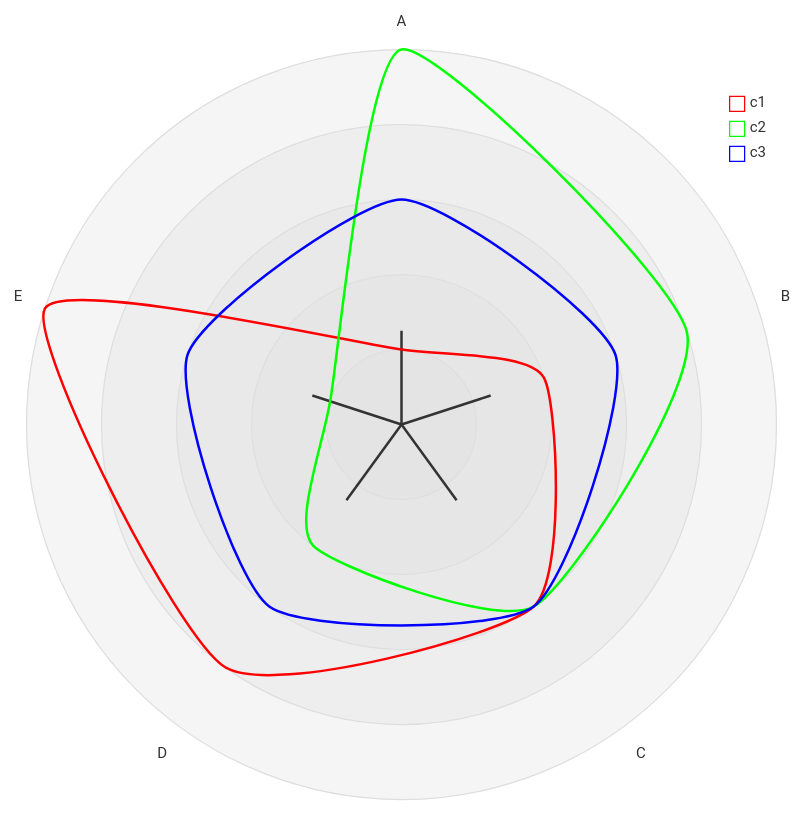
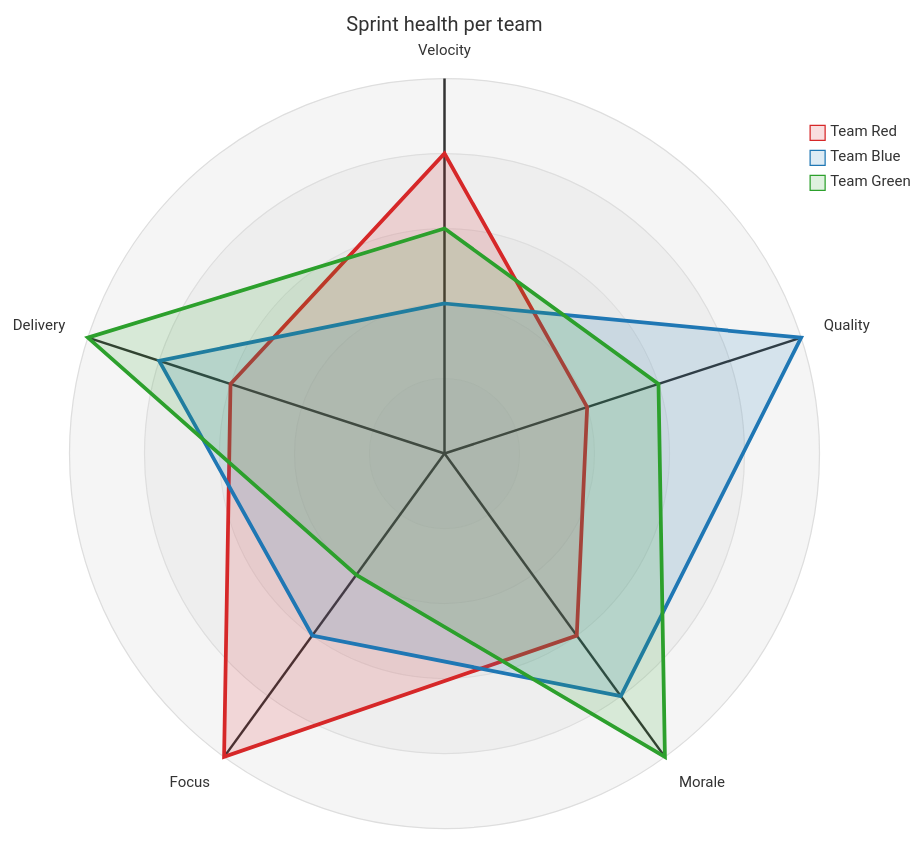
The fourth of 4 diagrams in skills/diagrammer/specs/mermaid/radar.md (hgrabows/diagrammer-skills), drawn with Mermaid before and after one commit. The commit also changed other lines of this file and 127 other files, not shown here.

First line of the commit message:
feat: audit all specs, add example gallery, fix PlantUML and Gantt rendering

````diff
--- a/skills/diagrammer/specs/mermaid/radar.md
+++ b/skills/diagrammer/specs/mermaid/radar.md
@@ -85,20 +118,23 @@
 ```mermaid
 ---
 config:
   radar:
-    axisScaleFactor: 0.25
-    curveTension: 0.1
-  theme: base
+    curveTension: 0
+    marginLeft: 90
+    marginRight: 90
   themeVariables:
-    cScale0: "#FF0000"
-    cScale1: "#00FF00"
-    cScale2: "#0000FF"
+    cScale0: "#d62728"
+    cScale1: "#1f77b4"
+    cScale2: "#2ca02c"
     radar:
-      curveOpacity: 0
+      curveOpacity: 0.15
+      curveStrokeWidth: 3
 ---
 radar-beta
-  axis A, B, C, D, E
-  curve c1{1,2,3,4,5}
-  curve c2{5,4,3,2,1}
-  curve c3{3,3,3,3,3}
+  title Sprint health per team
+  axis A["Velocity"], B["Quality"], C["Morale"], D["Focus"], E["Delivery"]
+  curve c1["Team Red"]{4, 2, 3, 5, 3}
+  curve c2["Team Blue"]{2, 5, 4, 3, 4}
+  curve c3["Team Green"]{3, 3, 5, 2, 5}
+  max 5
 ```
````
